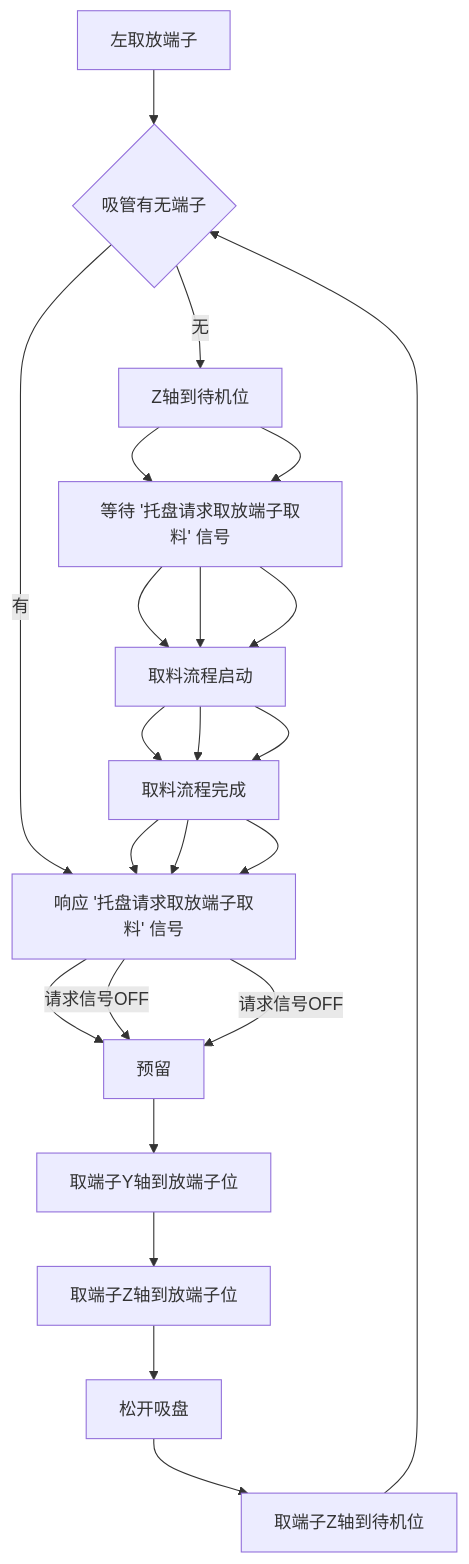
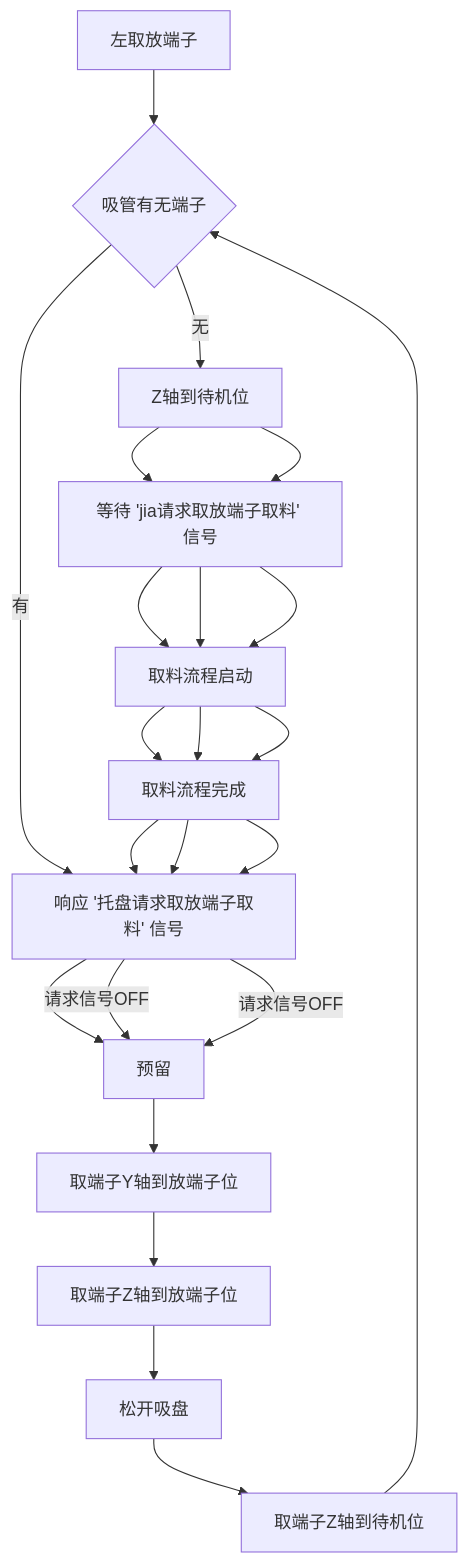
The diagram in all/VR-OP90左取放端子.md (zmq000/iodraw-files), drawn with Mermaid before and after one commit.

Commit message:
2026-06-18 11:30:22 update

````diff
--- a/all/VR-OP90左取放端子.md
+++ b/all/VR-OP90左取放端子.md
@@ -1,26 +1,26 @@
 ```mermaid
 graph TD
 0[左取放端子]-->10
 10{吸管有无端子}-->|有|60
 10-->|无|20
 20[取端子Y轴到取端子位]-->30
 30[托盘X轴到取端子位]-->40
 40[取端子Z轴到取端子位]-->50
 50[启动吸盘]-->60
 60[取端子Z轴到待机位]-->70
 70[预留]-->80
 80[取端子Y轴到放端子位]-->90
 90[取端子Z轴到放端子位]-->100
 100[松开吸盘]-->110
 110[取端子Z轴到待机位]-->10
 
 20[Z轴到待机位]-->30
 30[等待 '托盘请求取放端子取料' 信号]-->40
 40[取料流程启动]-->50
 50[取料流程完成]-->60
 60[响应 '托盘请求取放端子取料' 信号]-->|请求信号OFF|70
-30[等待 '托盘请求取放端子取料' 信号]-->40
+30[等待 'jia请求取放端子取料' 信号]-->40
 40[取料流程启动]-->50
 50[取料流程完成]-->60
 60[响应 '托盘请求取放端子取料' 信号]-->|请求信号OFF|70
 ```
````
